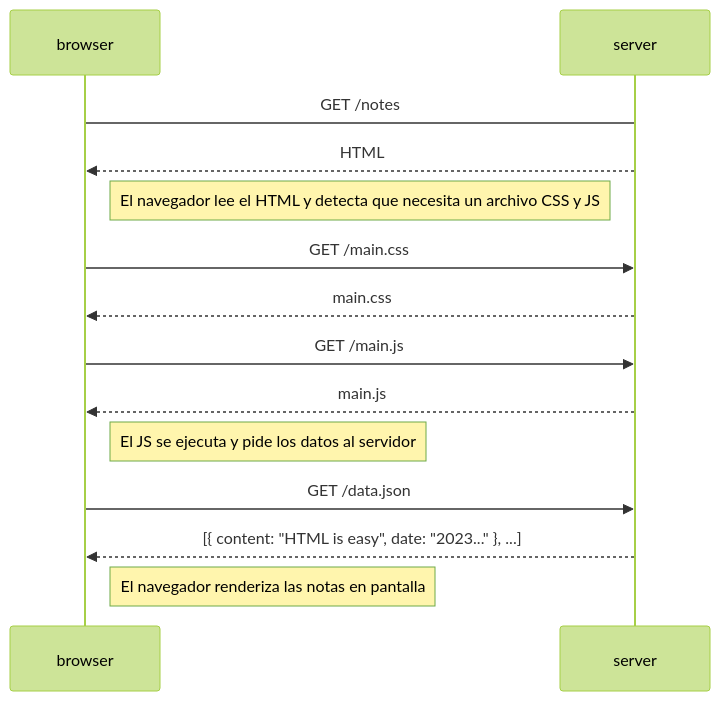
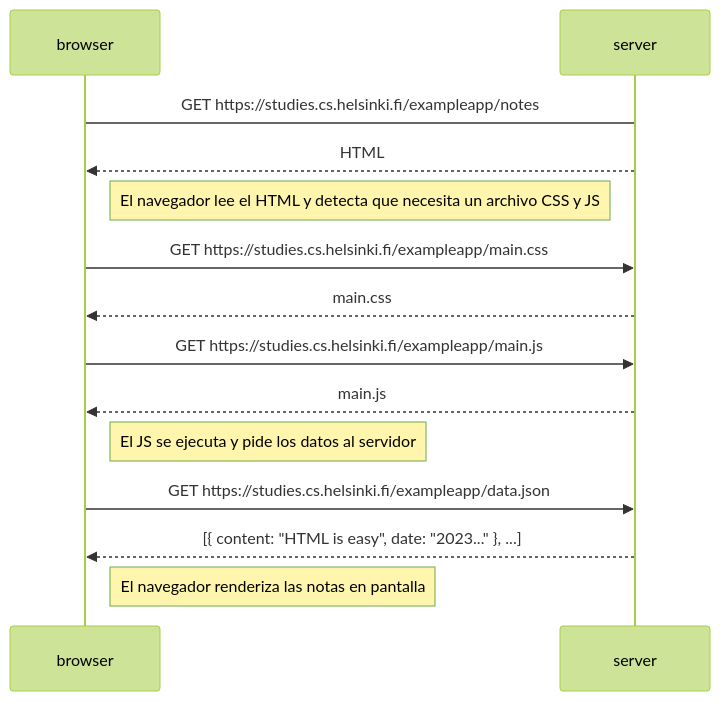
One commit to JoseCastellanoo/FullStackOpen changed the diagram in Part0/0.4.md. Above: the diagram before and after it, drawn with Mermaid (forest theme).

````diff
--- a/Part0/0.4.md
+++ b/Part0/0.4.md
@@ -2,23 +2,23 @@
 ```mermaid
 sequenceDiagram
   participant browser
   participant server
 
-  browser->server: GET /notes
+  browser->server: GET https://studies.cs.helsinki.fi/exampleapp/notes
   server-->>browser: HTML
 
   Note right of browser: El navegador lee el HTML y detecta que necesita un archivo CSS y JS
 
-  browser->>server: GET /main.css
+  browser->>server: GET https://studies.cs.helsinki.fi/exampleapp/main.css
   server-->>browser: main.css
 
-  browser->>server: GET /main.js
+  browser->>server: GET https://studies.cs.helsinki.fi/exampleapp/main.js
   server-->>browser: main.js
 
   Note right of browser: El JS se ejecuta y pide los datos al servidor
 
-  browser->>server: GET /data.json
+  browser->>server: GET https://studies.cs.helsinki.fi/exampleapp/data.json
   server-->>browser: [{ content: "HTML is easy", date: "2023..." }, ...]
 
   Note right of browser: El navegador renderiza las notas en pantalla
 ```
````
